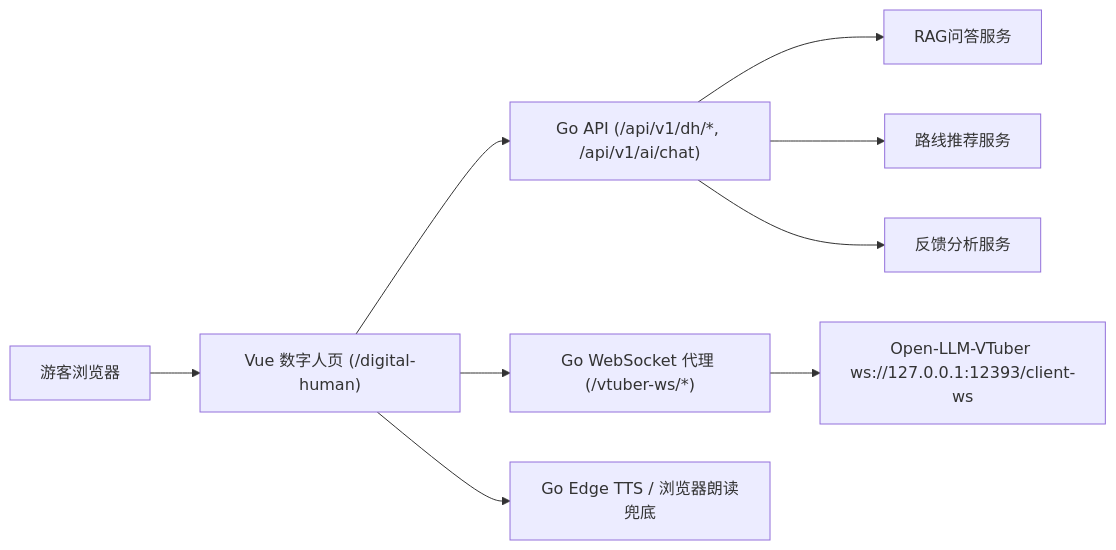
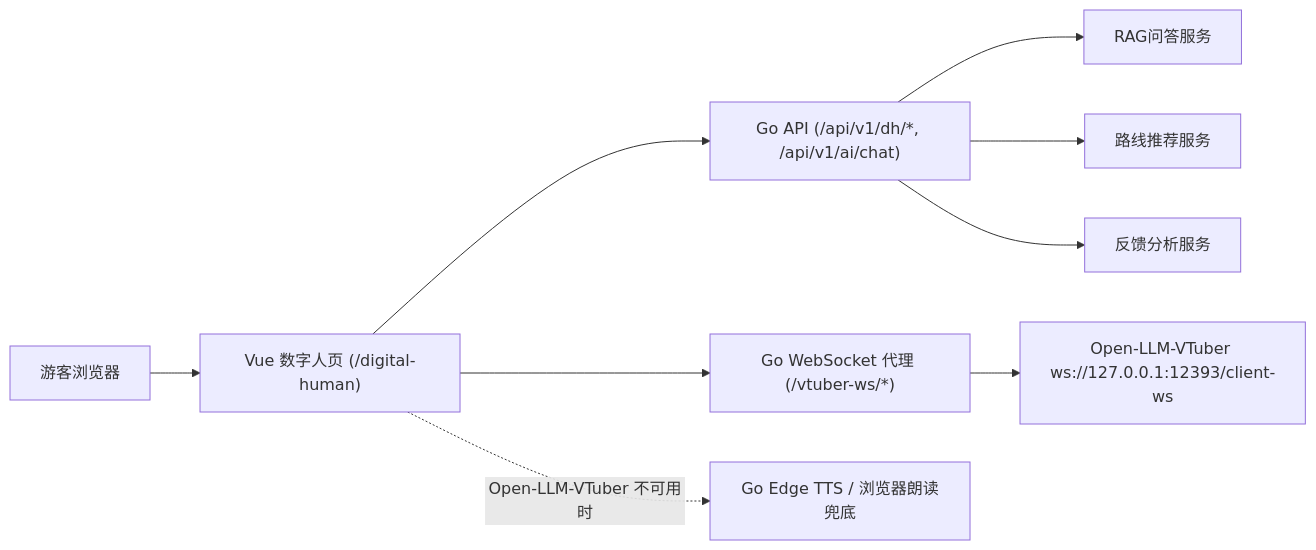
One commit to 4evour/Scenic_spot_guide_system changed the first of 3 diagrams in docs/digital-human-integration.md. Above: the diagram before and after it, drawn with Mermaid. The commit also changed other lines of this file and 3 other files, not shown here.

````diff
--- a/docs/digital-human-integration.md
+++ b/docs/digital-human-integration.md
@@ -11,11 +11,11 @@
 ```mermaid
 flowchart LR
     U["游客浏览器"] --> V["Vue 数字人页 (/digital-human)"]
     V --> G["Go API (/api/v1/dh/*, /api/v1/ai/chat)"]
     V --> W["Go WebSocket 代理 (/vtuber-ws/*)"]
     W --> O["Open-LLM-VTuber ws://127.0.0.1:12393/client-ws"]
     G --> R["RAG问答服务"]
     G --> P["路线推荐服务"]
     G --> F["反馈分析服务"]
-    V --> T["Go Edge TTS / 浏览器朗读兜底"]
+    V -. "Open-LLM-VTuber 不可用时" .-> T["Go Edge TTS / 浏览器朗读兜底"]
 ```
````
